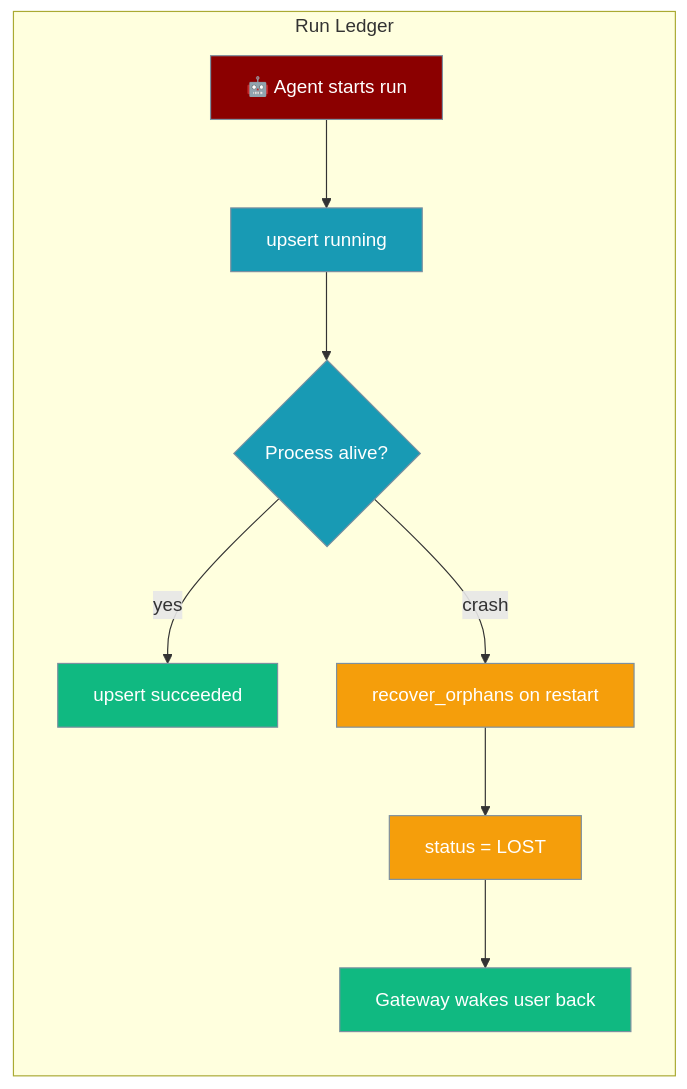
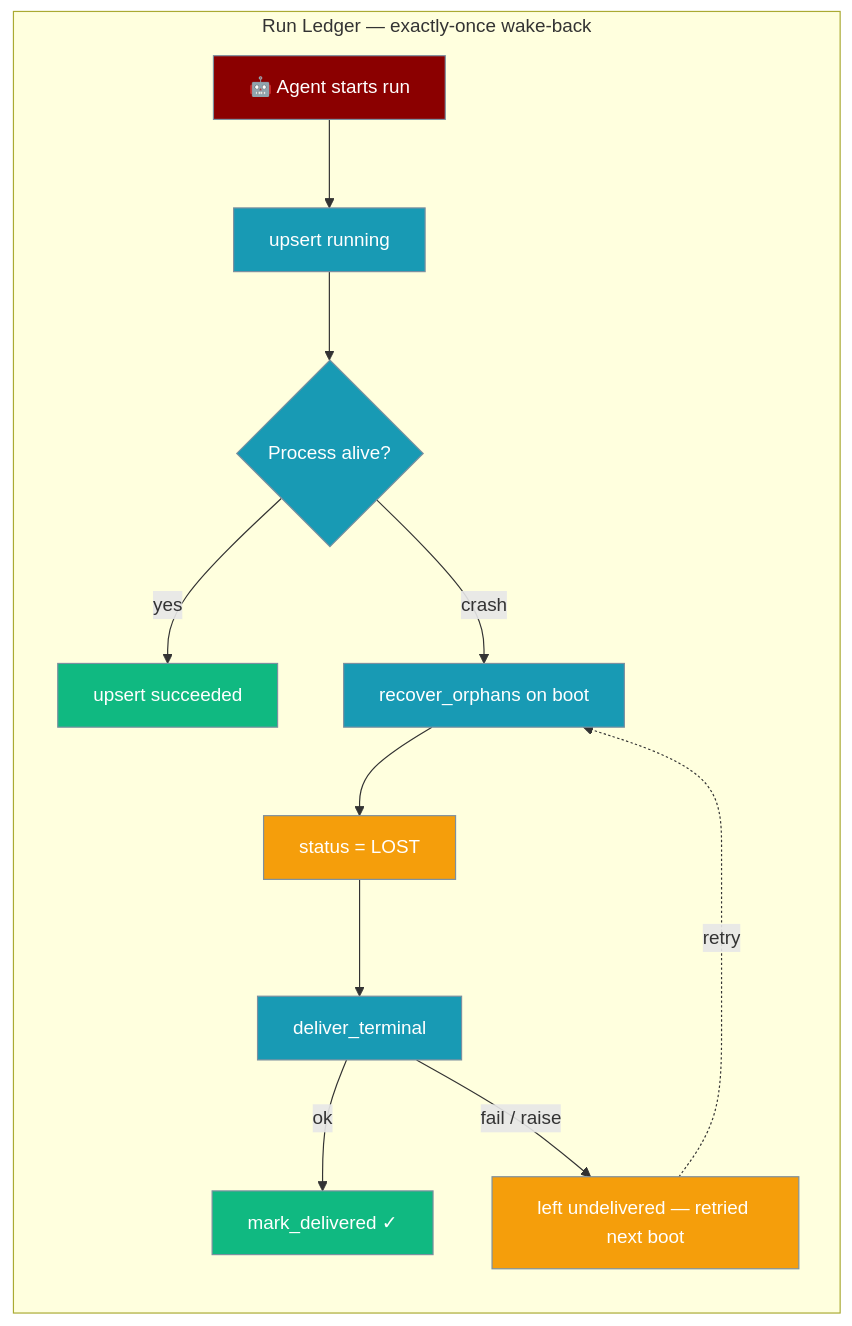
The first of 4 diagrams in docs/features/run-ledger.mdx (MervinPraison/PraisonAIDocs), drawn with Mermaid before and after one commit. The commit also changed other lines of this file, not shown here.

First line of the commit message:
docs: update Run Ledger page for exactly-once terminal-outcome wake-back (fixes #3875)

````diff
--- a/docs/features/run-ledger.mdx
+++ b/docs/features/run-ledger.mdx
@@ -22,21 +22,25 @@
 ```mermaid
 graph LR
-    subgraph "Run Ledger"
+    subgraph "Run Ledger — exactly-once wake-back"
         A[🤖 Agent starts run] --> B[upsert running]
         B --> C{Process alive?}
         C -->|yes| D[upsert succeeded]
-        C -->|crash| E[recover_orphans on restart]
+        C -->|crash| E[recover_orphans on boot]
         E --> F[status = LOST]
-        F --> G[Gateway wakes user back]
+        F --> G[deliver_terminal]
+        G -->|ok| H[mark_delivered ✓]
+        G -->|fail / raise| I[left undelivered — retried next boot]
+        I -.retry.-> E
     end
 
     classDef agent fill:#8B0000,stroke:#7C90A0,color:#fff
     classDef process fill:#189AB4,stroke:#7C90A0,color:#fff
     classDef warn fill:#F59E0B,stroke:#7C90A0,color:#fff
     classDef out fill:#10B981,stroke:#7C90A0,color:#fff
+    classDef retry fill:#6366F1,stroke:#7C90A0,color:#fff
 
     class A agent
-    class B,C process
-    class E,F warn
-    class D,G out
+    class B,C,E,G process
+    class F,I warn
+    class D,H out
 ```
````
